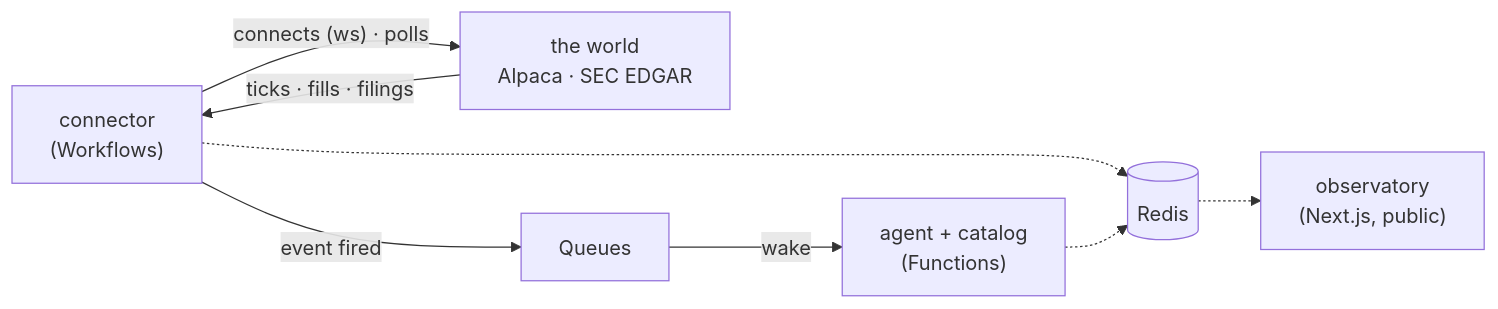
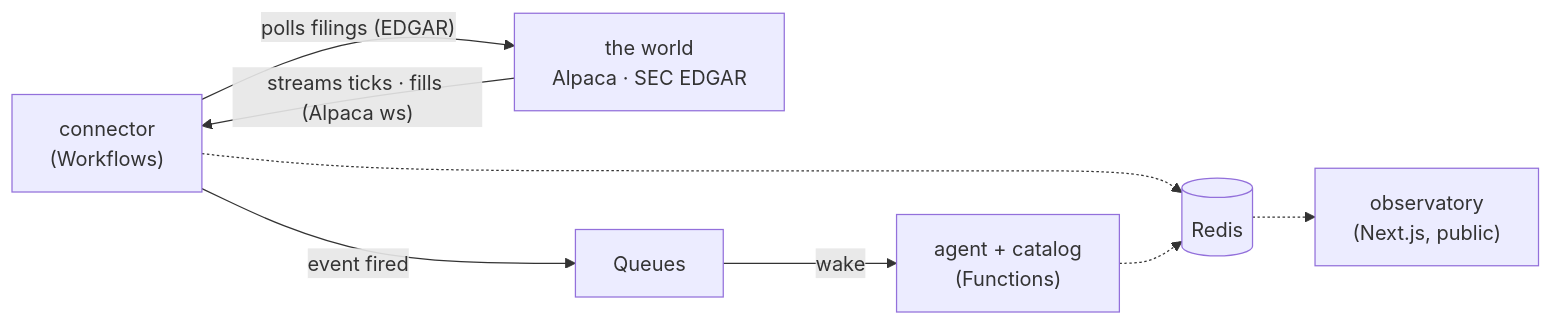
The second of 2 diagrams in README.md (pcomans/eve-event-catalog), drawn with Mermaid before and after one commit.

Commit message:
README: diagram — split world edges by mechanism: poll out (EDGAR), stream in (Alpaca ws)

````diff
--- a/README.md
+++ b/README.md
@@ -328,10 +328,10 @@
 ```mermaid
 flowchart LR
-    CONN["connector<br/>(Workflows)"] -->|"connects (ws) · polls"| W["the world<br/>Alpaca · SEC EDGAR"]
-    W -->|"ticks · fills · filings"| CONN
+    CONN["connector<br/>(Workflows)"] -->|"polls filings (EDGAR)"| W["the world<br/>Alpaca · SEC EDGAR"]
+    W -->|"streams ticks · fills (Alpaca ws)"| CONN
     CONN -->|"event fired"| Q["Queues"]
     Q -->|"wake"| EVE["agent + catalog<br/>(Functions)"]
     CONN -.-> R[("Redis")]
     EVE -.-> R
     R -.-> OBS["observatory<br/>(Next.js, public)"]
 ```
````
